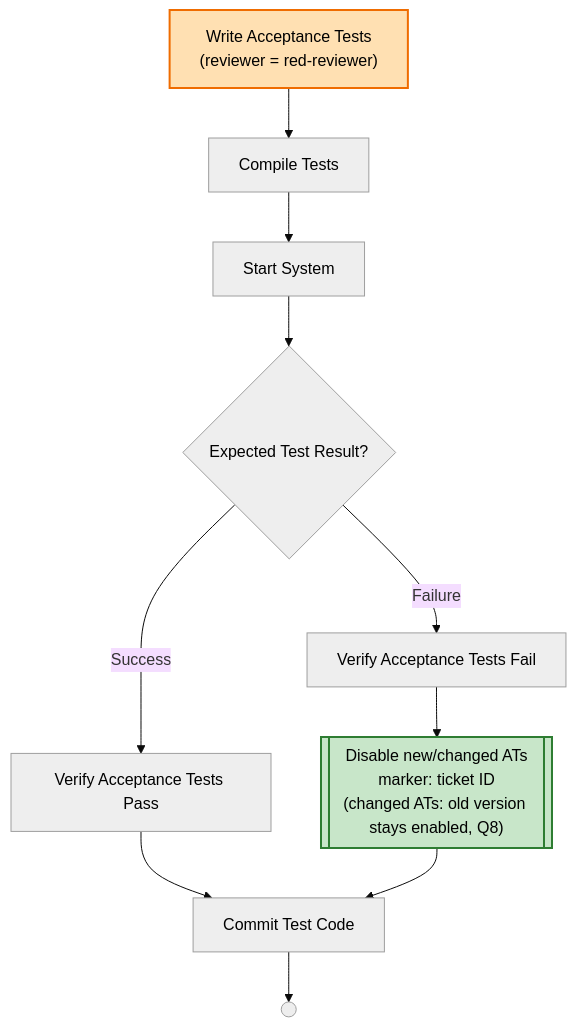
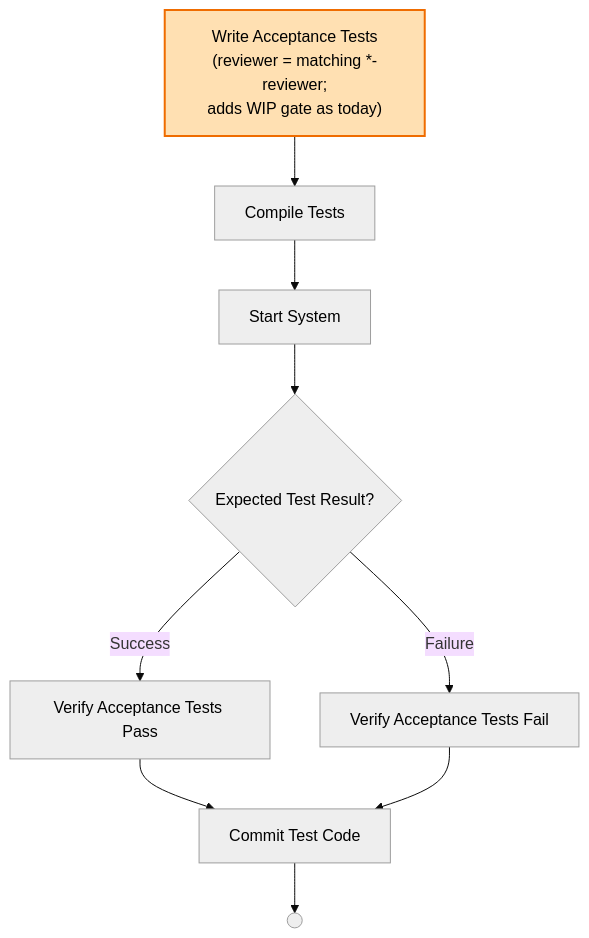
Before and after one commit to optivem/gh-optivem: the seventh of 11 diagrams in plans/20261109-1219-improved-atdd-process-flow.md, drawn with Mermaid (base theme). The commit also changed other lines of this file and 9 other files, not shown here.

````diff
--- a/plans/20261109-1219-improved-atdd-process-flow.md
+++ b/plans/20261109-1219-improved-atdd-process-flow.md
@@ -225,29 +225,26 @@
 ```mermaid
 flowchart TD
-    WRITE_ACCEPTANCE_TESTS["Write Acceptance Tests<br/>(reviewer = red-reviewer)"]
+    WRITE_ACCEPTANCE_TESTS["Write Acceptance Tests<br/>(reviewer = matching *-reviewer;<br/>adds WIP gate as today)"]
     COMPILE_TESTS[Compile Tests]
     START_SYSTEM[Start System]
     GATE_EXPECTED_TEST_RESULT{Expected Test Result?}
     VERIFY_TESTS_PASS_ACCEPTANCE[Verify Acceptance Tests Pass]
     VERIFY_TESTS_FAIL_ACCEPTANCE[Verify Acceptance Tests Fail]
-    DISABLE_RED_TESTS[["Disable new/changed ATs<br/>marker: ticket ID<br/>(changed ATs: old version stays enabled, Q8)"]]
     COMMIT_TEST_CODE[Commit Test Code]
     WAV_AT_CODE_END(( ))
 
     WRITE_ACCEPTANCE_TESTS --> COMPILE_TESTS
     COMPILE_TESTS --> START_SYSTEM
     START_SYSTEM --> GATE_EXPECTED_TEST_RESULT
     GATE_EXPECTED_TEST_RESULT -- Success --> VERIFY_TESTS_PASS_ACCEPTANCE
     GATE_EXPECTED_TEST_RESULT -- Failure --> VERIFY_TESTS_FAIL_ACCEPTANCE
     VERIFY_TESTS_PASS_ACCEPTANCE --> COMMIT_TEST_CODE
-    VERIFY_TESTS_FAIL_ACCEPTANCE --> DISABLE_RED_TESTS
-    DISABLE_RED_TESTS --> COMMIT_TEST_CODE
+    VERIFY_TESTS_FAIL_ACCEPTANCE --> COMMIT_TEST_CODE
     COMMIT_TEST_CODE --> WAV_AT_CODE_END
 
     classDef unchanged fill:#eeeeee,stroke:#9e9e9e,color:#000
     classDef changed fill:#ffe0b2,stroke:#ef6c00,stroke-width:2px,color:#000
     classDef new fill:#c8e6c9,stroke:#2e7d32,stroke-width:2px,color:#000
     class COMPILE_TESTS,START_SYSTEM,GATE_EXPECTED_TEST_RESULT,VERIFY_TESTS_PASS_ACCEPTANCE,VERIFY_TESTS_FAIL_ACCEPTANCE,COMMIT_TEST_CODE,WAV_AT_CODE_END unchanged
     class WRITE_ACCEPTANCE_TESTS changed
-    class DISABLE_RED_TESTS new
 ```
````
